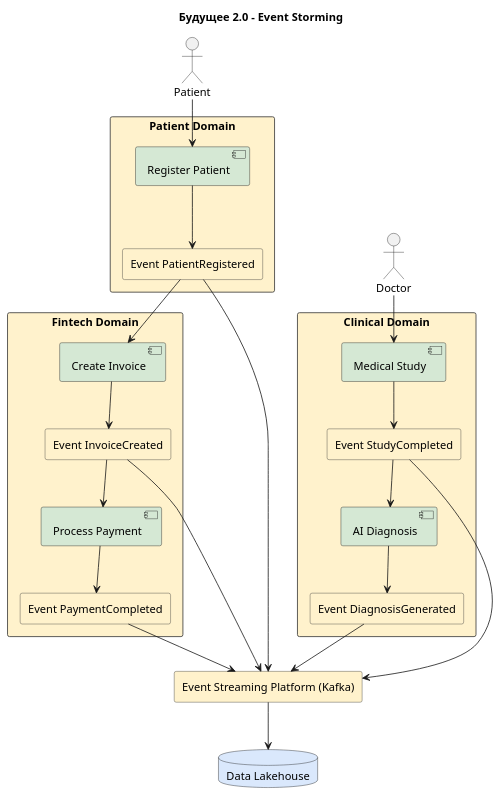
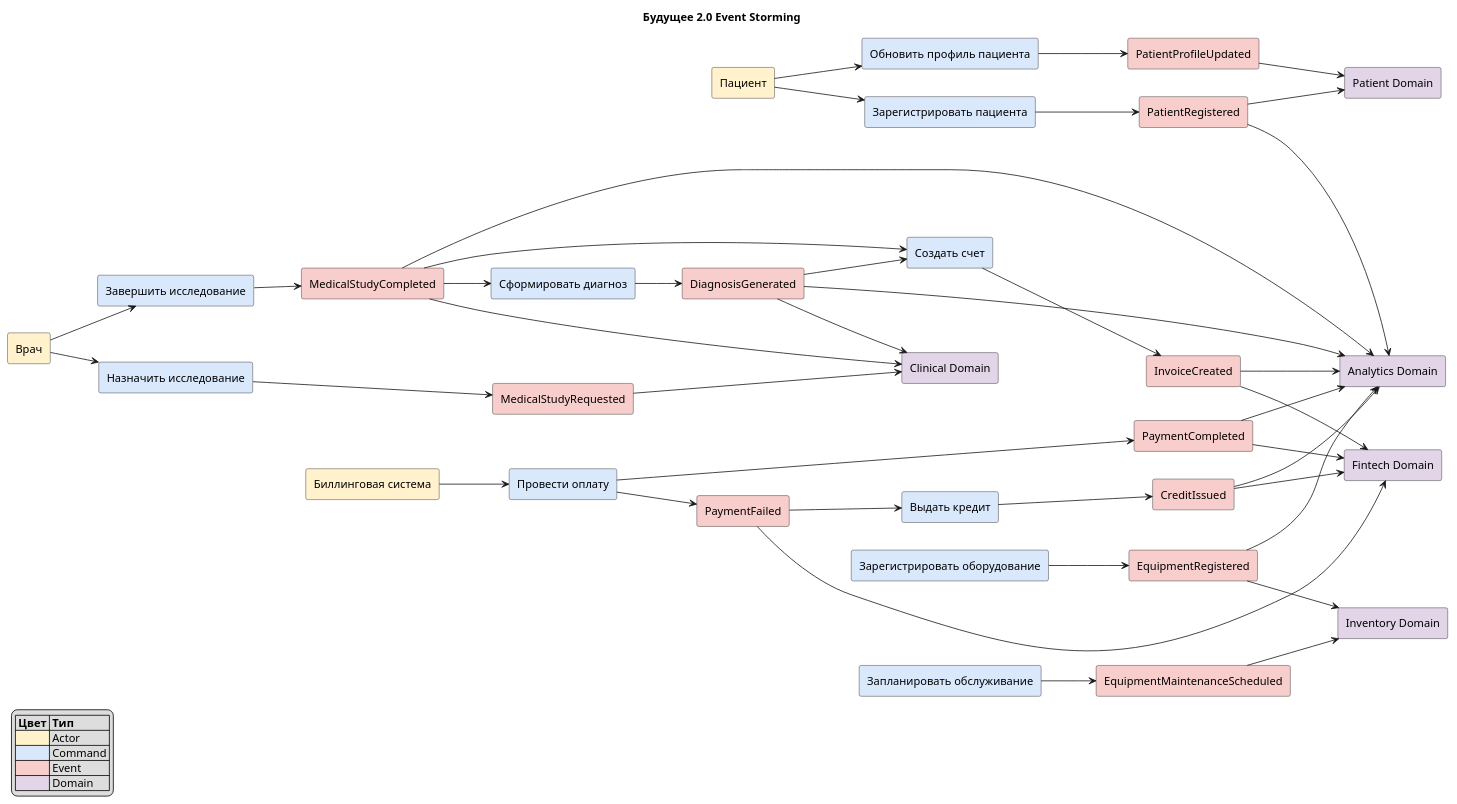
One commit to AntonVolkov71/architecture-future_2_0 changed the diagram in Task4Advanced/event-storming.puml. Above: the diagram before and after it, drawn with PlantUML. The commit also changed 6 other files, not shown here.

```diff
--- a/Task4Advanced/event-storming.puml
+++ b/Task4Advanced/event-storming.puml
@@ -1,68 +1,97 @@
 @startuml
-title Будущее 2.0 - Event Storming
+title Будущее 2.0 Event Storming
 
-skinparam rectangle {
-  BackgroundColor #FFF2CC
-  BorderColor #333
-}
+left to right direction
 
-skinparam component {
-  BackgroundColor #D5E8D4
-}
+legend left
+|= Цвет |= Тип |
+|<#FFF2CC>| Actor |
+|<#DAE8FC>| Command |
+|<#F8CECC>| Event |
+|<#E1D5E7>| Domain |
+endlegend
 
-skinparam database {
-  BackgroundColor #DAE8FC
-}
+rectangle "Пациент" #FFF2CC
+rectangle "Врач" #FFF2CC
+rectangle "Биллинговая система" #FFF2CC
 
-actor Patient
-actor Doctor
+rectangle "Patient Domain" #E1D5E7
+rectangle "Clinical Domain" #E1D5E7
+rectangle "Fintech Domain" #E1D5E7
+rectangle "Inventory Domain" #E1D5E7
+rectangle "Analytics Domain" #E1D5E7
 
-rectangle "Patient Domain" {
-  component "Register Patient"
-  rectangle "Event PatientRegistered"
-}
+rectangle "Зарегистрировать пациента" #DAE8FC
+rectangle "Обновить профиль пациента" #DAE8FC
+rectangle "Назначить исследование" #DAE8FC
+rectangle "Завершить исследование" #DAE8FC
+rectangle "Сформировать диагноз" #DAE8FC
+rectangle "Создать счет" #DAE8FC
+rectangle "Провести оплату" #DAE8FC
+rectangle "Выдать кредит" #DAE8FC
+rectangle "Зарегистрировать оборудование" #DAE8FC
+rectangle "Запланировать обслуживание" #DAE8FC
 
-rectangle "Fintech Domain" {
-  component "Create Invoice"
-  rectangle "Event InvoiceCreated"
+rectangle "PatientRegistered" #F8CECC
+rectangle "PatientProfileUpdated" #F8CECC
+rectangle "MedicalStudyRequested" #F8CECC
+rectangle "MedicalStudyCompleted" #F8CECC
+rectangle "DiagnosisGenerated" #F8CECC
+rectangle "InvoiceCreated" #F8CECC
+rectangle "PaymentCompleted" #F8CECC
+rectangle "PaymentFailed" #F8CECC
+rectangle "CreditIssued" #F8CECC
+rectangle "EquipmentRegistered" #F8CECC
+rectangle "EquipmentMaintenanceScheduled" #F8CECC
 
-  component "Process Payment"
-  rectangle "Event PaymentCompleted"
-}
+"Пациент" --> "Зарегистрировать пациента"
+"Зарегистрировать пациента" --> "PatientRegistered"
+"PatientRegistered" --> "Patient Domain"
 
-rectangle "Clinical Domain" {
-  component "Medical Study"
-  rectangle "Event StudyCompleted"
+"Пациент" --> "Обновить профиль пациента"
+"Обновить профиль пациента" --> "PatientProfileUpdated"
+"PatientProfileUpdated" --> "Patient Domain"
 
-  component "AI Diagnosis"
-  rectangle "Event DiagnosisGenerated"
-}
+"Врач" --> "Назначить исследование"
+"Назначить исследование" --> "MedicalStudyRequested"
+"MedicalStudyRequested" --> "Clinical Domain"
 
-rectangle "Event Streaming Platform (Kafka)" as Kafka
+"Врач" --> "Завершить исследование"
+"Завершить исследование" --> "MedicalStudyCompleted"
+"MedicalStudyCompleted" --> "Clinical Domain"
 
-database "Data Lakehouse"
+"MedicalStudyCompleted" --> "Сформировать диагноз"
+"Сформировать диагноз" --> "DiagnosisGenerated"
+"DiagnosisGenerated" --> "Clinical Domain"
 
-Patient --> "Register Patient"
-Doctor --> "Medical Study"
+"MedicalStudyCompleted" --> "Создать счет"
+"DiagnosisGenerated" --> "Создать счет"
+"Создать счет" --> "InvoiceCreated"
+"InvoiceCreated" --> "Fintech Domain"
 
-"Register Patient" --> "Event PatientRegistered"
-"Event PatientRegistered" --> "Create Invoice"
+"Биллинговая система" --> "Провести оплату"
+"Провести оплату" --> "PaymentCompleted"
+"Провести оплату" --> "PaymentFailed"
+"PaymentCompleted" --> "Fintech Domain"
+"PaymentFailed" --> "Fintech Domain"
 
-"Create Invoice" --> "Event InvoiceCreated"
-"Event InvoiceCreated" --> "Process Payment"
+"PaymentFailed" --> "Выдать кредит"
+"Выдать кредит" --> "CreditIssued"
+"CreditIssued" --> "Fintech Domain"
 
-"Process Payment" --> "Event PaymentCompleted"
+"Зарегистрировать оборудование" --> "EquipmentRegistered"
+"EquipmentRegistered" --> "Inventory Domain"
 
-"Medical Study" --> "Event StudyCompleted"
-"Event StudyCompleted" --> "AI Diagnosis"
-"AI Diagnosis" --> "Event DiagnosisGenerated"
+"Запланировать обслуживание" --> "EquipmentMaintenanceScheduled"
+"EquipmentMaintenanceScheduled" --> "Inventory Domain"
 
-"Event PatientRegistered" --> Kafka
-"Event InvoiceCreated" --> Kafka
-"Event PaymentCompleted" --> Kafka
-"Event StudyCompleted" --> Kafka
-"Event DiagnosisGenerated" --> Kafka
+"PatientRegistered" --> "Analytics Domain"
+"MedicalStudyCompleted" --> "Analytics Domain"
+"DiagnosisGenerated" --> "Analytics Domain"
+"InvoiceCreated" --> "Analytics Domain"
+"PaymentCompleted" --> "Analytics Domain"
+"CreditIssued" --> "Analytics Domain"
+"EquipmentRegistered" --> "Analytics Domain"
 
-Kafka --> "Data Lakehouse"
 
 @enduml
```
